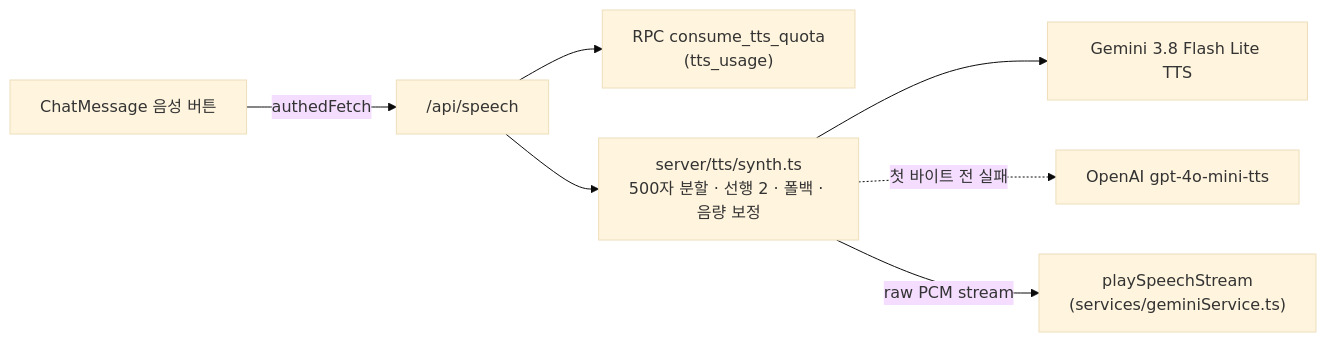
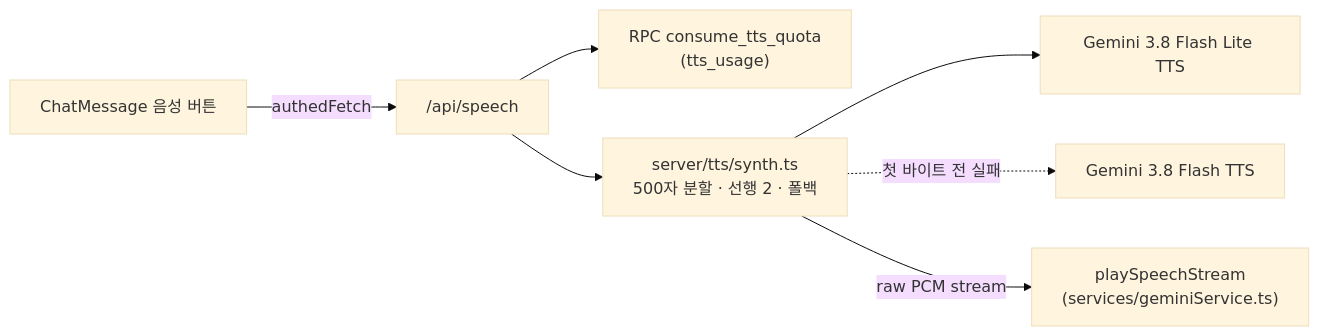
One commit to jpjp92/chat-agent changed the seventh of 7 diagrams in docs/guide/REF_Architecture.md. Above: the diagram before and after it, drawn with Mermaid (base theme). The commit also changed other lines of this file and 10 other files, not shown here.

Commit message:
docs: TTS 폴백 OpenAI → Gemini 3.8 Flash로 교체 — 운영 정책·문서·계획 일괄 반영

````diff
--- a/docs/guide/REF_Architecture.md
+++ b/docs/guide/REF_Architecture.md
@@ -566,9 +566,9 @@
 ```mermaid
 flowchart LR
     Btn["ChatMessage 음성 버튼"] -->|authedFetch| Speech["/api/speech"]
     Speech --> Q["RPC consume_tts_quota<br/>(tts_usage)"]
-    Speech --> S["server/tts/synth.ts<br/>500자 분할 · 선행 2 · 폴백 · 음량 보정"]
+    Speech --> S["server/tts/synth.ts<br/>500자 분할 · 선행 2 · 폴백"]
     S --> G["Gemini 3.8 Flash Lite TTS"]
-    S -.첫 바이트 전 실패.-> O["OpenAI gpt-4o-mini-tts"]
+    S -.첫 바이트 전 실패.-> O["Gemini 3.8 Flash TTS"]
     S -->|"raw PCM stream"| P["playSpeechStream<br/>(services/geminiService.ts)"]
 ```
````
